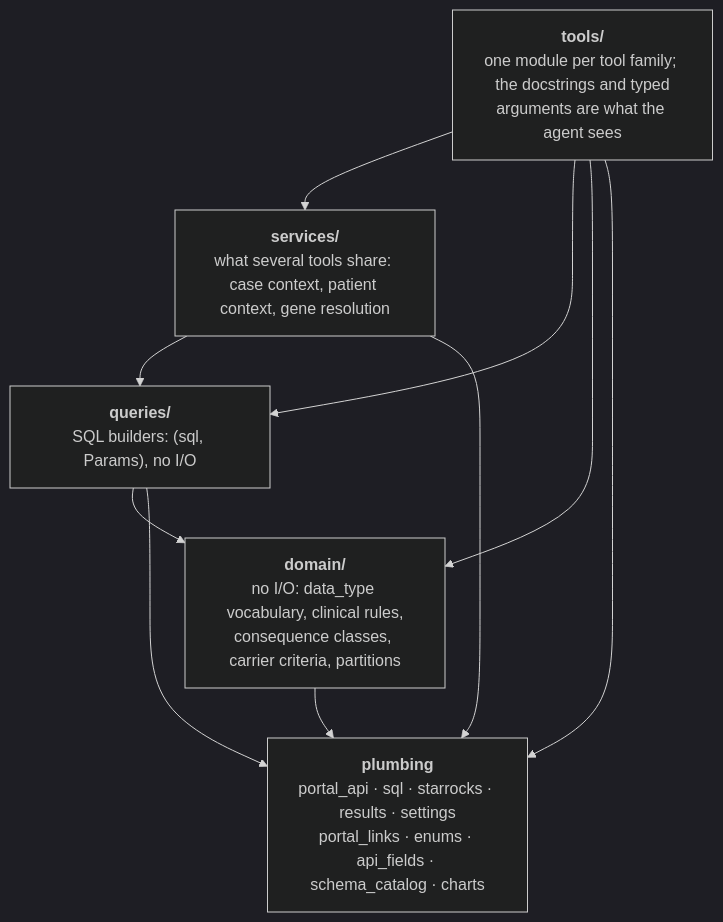
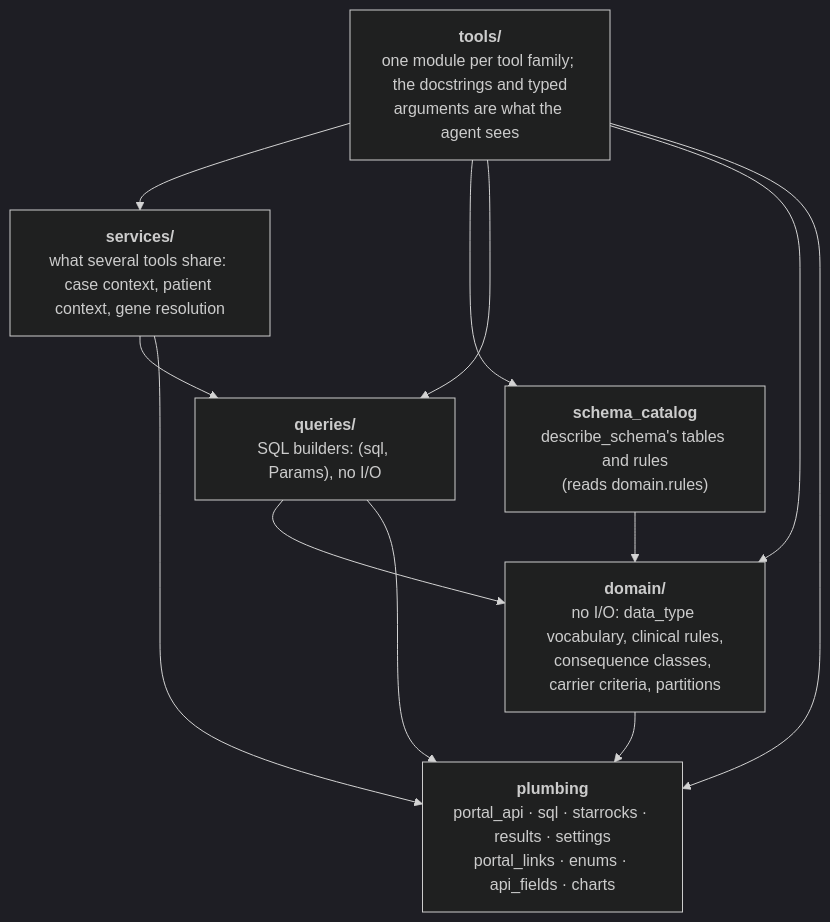
The second of 5 diagrams in docs/developer-guide.md (radiant-network/radiant-mcp), drawn with Mermaid (dark theme) before and after one commit. The commit also changed other lines of this file and 23 other files, not shown here.

````diff
--- a/docs/developer-guide.md
+++ b/docs/developer-guide.md
@@ -53,15 +53,17 @@
 ```mermaid
 flowchart TB
     tools["<b>tools/</b><br/>one module per tool family; the docstrings and typed<br/>arguments are what the agent sees"]
     services["<b>services/</b><br/>what several tools share: case context, patient context, gene resolution"]
     queries["<b>queries/</b><br/>SQL builders: (sql, Params), no I/O"]
     domain["<b>domain/</b><br/>no I/O: data_type vocabulary, clinical rules,<br/>consequence classes, carrier criteria, partitions"]
-    plumbing["<b>plumbing</b><br/>portal_api · sql · starrocks · results · settings<br/>portal_links · enums · api_fields · schema_catalog · charts"]
+    plumbing["<b>plumbing</b><br/>portal_api · sql · starrocks · results · settings<br/>portal_links · enums · api_fields · charts"]
+    catalog["<b>schema_catalog</b><br/>describe_schema's tables and rules<br/>(reads domain.rules)"]
 
     tools --> services --> queries --> domain --> plumbing
+    tools --> catalog --> domain
     tools --> queries
     tools --> domain
     tools --> plumbing
     services --> plumbing
     queries --> plumbing
 ```
````
